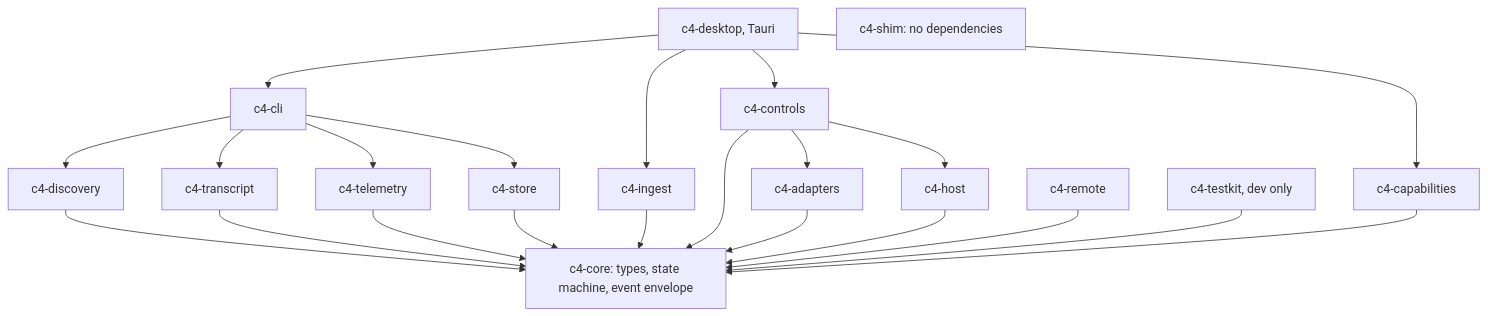
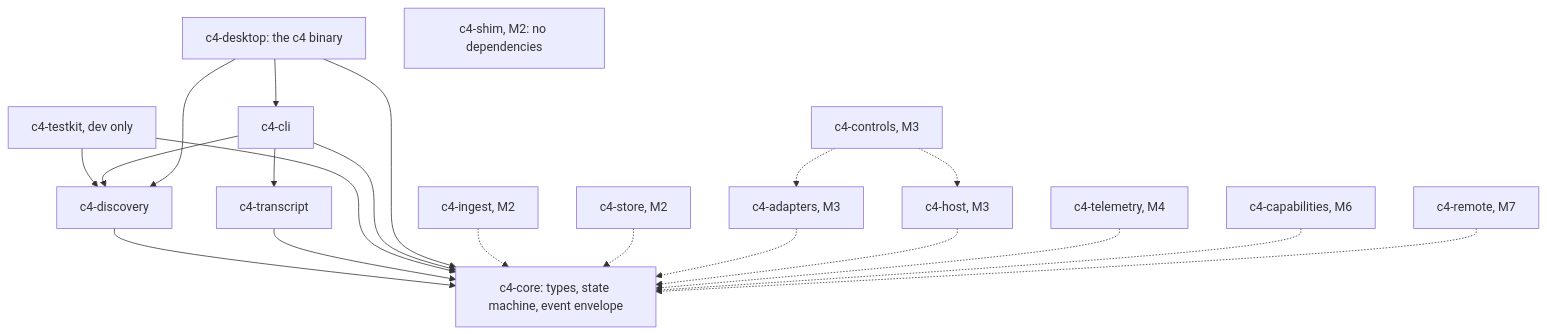
The first of 4 diagrams in docs/ARCHITECTURE.md (watchthelight/C4), drawn with Mermaid before and after one commit. The commit also changed other lines of this file and 1 other file, not shown here.

First line of the commit message:
docs: how-it-works and architecture with diagrams

````diff
--- a/docs/ARCHITECTURE.md
+++ b/docs/ARCHITECTURE.md
@@ -25,26 +27,24 @@
 ```mermaid
 graph TD
     core[c4-core: types, state machine, event envelope]
     discovery[c4-discovery] --> core
     transcript[c4-transcript] --> core
-    telemetry[c4-telemetry] --> core
-    ingest[c4-ingest] --> core
-    adapters[c4-adapters] --> core
-    host[c4-host] --> core
-    controls[c4-controls] --> core
-    controls --> adapters
-    controls --> host
-    capabilities[c4-capabilities] --> core
-    store[c4-store] --> core
-    remote[c4-remote] --> core
-    cli[c4-cli] --> discovery
+    testkit[c4-testkit, dev only] --> core
+    testkit --> discovery
+    cli[c4-cli] --> core
+    cli --> discovery
     cli --> transcript
-    cli --> telemetry
-    cli --> store
-    desktop[c4-desktop, Tauri] --> cli
-    desktop --> ingest
-    desktop --> controls
-    desktop --> capabilities
-    shim[c4-shim: no dependencies]
-    testkit[c4-testkit, dev only] --> core
+    desktop[c4-desktop: the c4 binary] --> cli
+    desktop --> core
+    desktop --> discovery
+    ingest[c4-ingest, M2] -.-> core
+    store[c4-store, M2] -.-> core
+    shim[c4-shim, M2: no dependencies]
+    adapters[c4-adapters, M3] -.-> core
+    host[c4-host, M3] -.-> core
+    controls[c4-controls, M3] -.-> adapters
+    controls -.-> host
+    telemetry[c4-telemetry, M4] -.-> core
+    capabilities[c4-capabilities, M6] -.-> core
+    remote[c4-remote, M7] -.-> core
 ```
````
